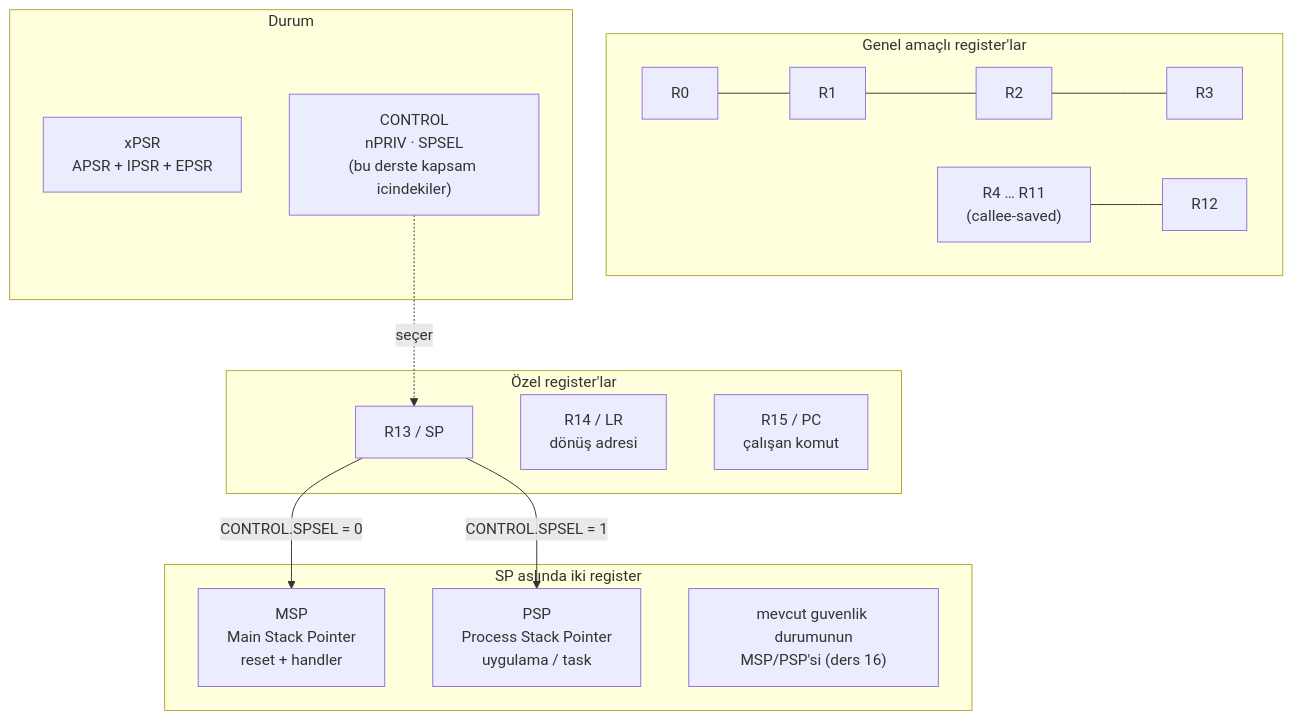
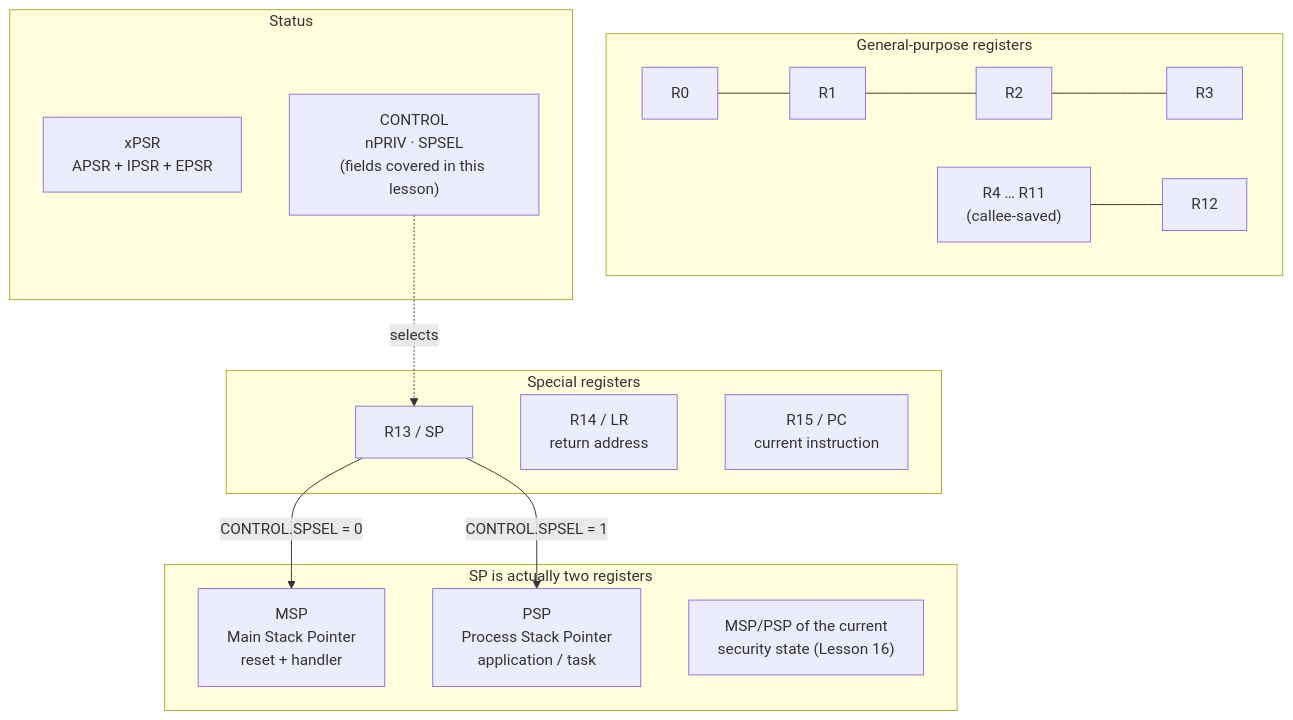
One commit to Merd0/ARM-Cortex-M-Lab changed the diagram in lessons/02-programmer-model/README.md. Above: the diagram before and after it, drawn with Mermaid. The commit also changed other lines of this file and 19 other files, not shown here.

````diff
--- a/lessons/02-programmer-model/README.md
+++ b/lessons/02-programmer-model/README.md
@@ -76,28 +76,28 @@
 ```mermaid
 flowchart TB
-    subgraph GP["Genel amaçlı register'lar"]
+    subgraph GP["General-purpose registers"]
         R0["R0"] --- R1["R1"] --- R2["R2"] --- R3["R3"]
         R4["R4 … R11<br/>(callee-saved)"] --- R12["R12"]
     end
 
-    subgraph SPECIAL["Özel register'lar"]
+    subgraph SPECIAL["Special registers"]
         SP["R13 / SP"]
-        LR["R14 / LR<br/>dönüş adresi"]
-        PC["R15 / PC<br/>çalışan komut"]
+        LR["R14 / LR<br/>return address"]
+        PC["R15 / PC<br/>current instruction"]
     end
 
-    subgraph BANKED["SP aslında iki register"]
+    subgraph BANKED["SP is actually two registers"]
         MSP["MSP<br/>Main Stack Pointer<br/>reset + handler"]
-        PSP["PSP<br/>Process Stack Pointer<br/>uygulama / task"]
-        NOTE["mevcut guvenlik durumunun<br/>MSP/PSP'si (ders 16)"]
+        PSP["PSP<br/>Process Stack Pointer<br/>application / task"]
+        NOTE["MSP/PSP of the current<br/>security state (Lesson 16)"]
     end
 
-    subgraph STATUS["Durum"]
+    subgraph STATUS["Status"]
         XPSR["xPSR<br/>APSR + IPSR + EPSR"]
-        CTRL["CONTROL<br/>nPRIV · SPSEL<br/>(bu derste kapsam icindekiler)"]
+        CTRL["CONTROL<br/>nPRIV · SPSEL<br/>(fields covered in this lesson)"]
     end
 
     SP -->|"CONTROL.SPSEL = 0"| MSP
     SP -->|"CONTROL.SPSEL = 1"| PSP
-    CTRL -.->|"seçer"| SP
+    CTRL -.->|"selects"| SP
 ```
````
